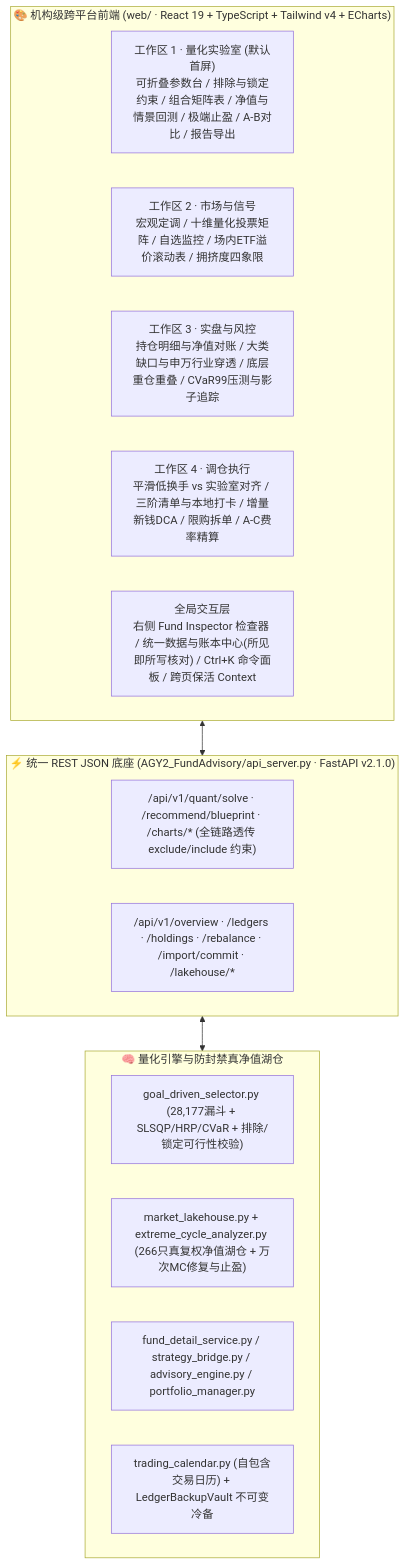
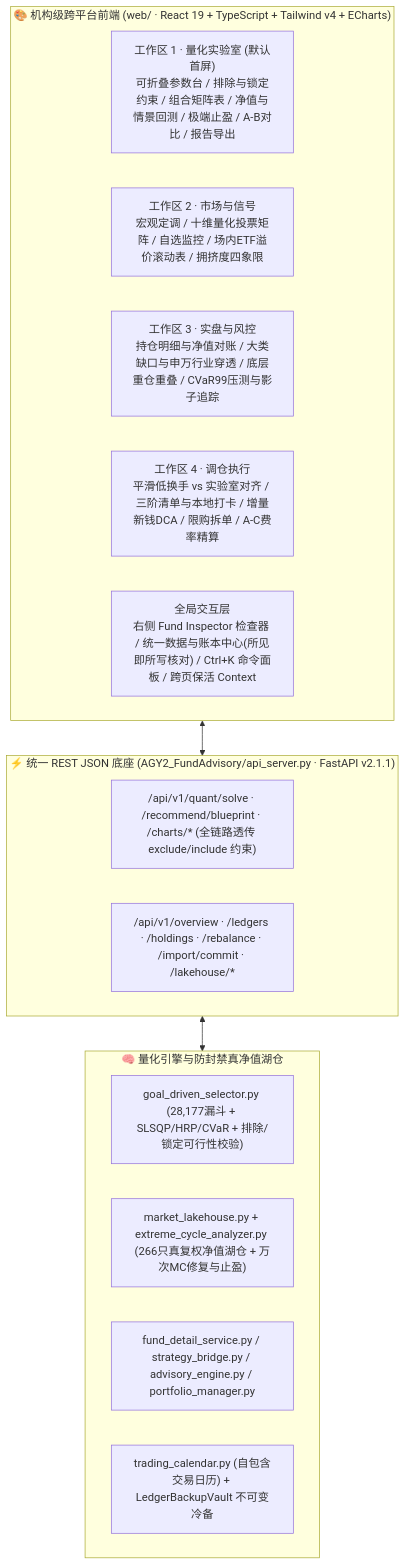
Before and after one commit to deancyl/wind-fund-advisory: the diagram in README.md, drawn with Mermaid. The commit also changed other lines of this file and 19 other files, not shown here.

````diff
--- a/README.md
+++ b/README.md
@@ -40,25 +40,25 @@
 ```mermaid
 flowchart TD
     subgraph Client ["🎨 机构级跨平台前端 (web/ · React 19 + TypeScript + Tailwind v4 + ECharts)"]
         W1["工作区 1 · 量化实验室 (默认首屏)<br/>可折叠参数台 / 排除与锁定约束 / 组合矩阵表 / 净值与情景回测 / 极端止盈 / A-B对比 / 报告导出"]
         W2["工作区 2 · 市场与信号<br/>宏观定调 / 十维量化投票矩阵 / 自选监控 / 场内ETF溢价滚动表 / 拥挤度四象限"]
         W3["工作区 3 · 实盘与风控<br/>持仓明细与净值对账 / 大类缺口与申万行业穿透 / 底层重仓重叠 / CVaR99压测与影子追踪"]
         W4["工作区 4 · 调仓执行<br/>平滑低换手 vs 实验室对齐 / 三阶清单与本地打卡 / 增量新钱DCA / 限购拆单 / A-C费率精算"]
         OV["全局交互层<br/>右侧 Fund Inspector 检查器 / 统一数据与账本中心(所见即所写核对) / Ctrl+K 命令面板 / 跨页保活 Context"]
     end
 
-    subgraph API ["⚡ 统一 REST JSON 底座 (AGY2_FundAdvisory/api_server.py · FastAPI v2.1.0)"]
+    subgraph API ["⚡ 统一 REST JSON 底座 (AGY2_FundAdvisory/api_server.py · FastAPI v2.1.1)"]
         R1["/api/v1/quant/solve · /recommend/blueprint · /charts/* (全链路透传 exclude/include 约束)"]
         R2["/api/v1/overview · /ledgers · /holdings · /rebalance · /import/commit · /lakehouse/*"]
     end
 
     subgraph Engine ["🧠 量化引擎与防封禁真净值湖仓"]
         E1["goal_driven_selector.py (28,177漏斗 + SLSQP/HRP/CVaR + 排除/锁定可行性校验)"]
         E2["market_lakehouse.py + extreme_cycle_analyzer.py (266只真复权净值湖仓 + 万次MC修复与止盈)"]
         E3["fund_detail_service.py / strategy_bridge.py / advisory_engine.py / portfolio_manager.py"]
         E4["trading_calendar.py (自包含交易日历) + LedgerBackupVault 不可变冷备"]
     end
 
     Client <--> API
     API <--> Engine
 ```
````
